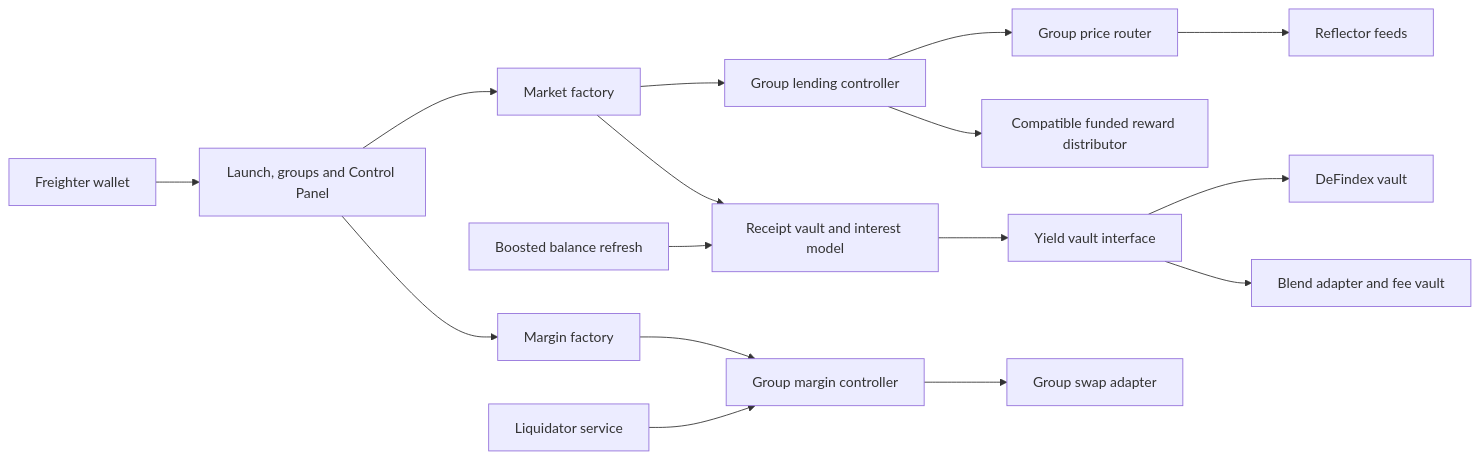
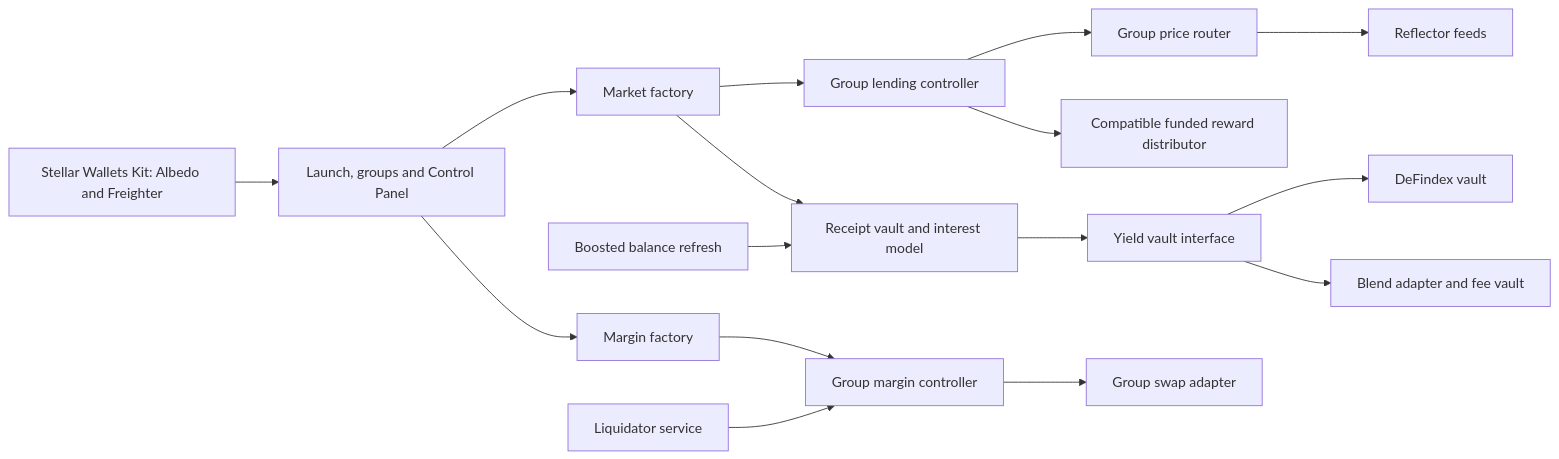
One commit to joshschcom/peridot-markets changed the diagram in docs/ARCHITECTURE.md. Above: the diagram before and after it, drawn with Mermaid. The commit also changed other lines of this file and 7 other files, not shown here.

````diff
--- a/docs/ARCHITECTURE.md
+++ b/docs/ARCHITECTURE.md
@@ -5,18 +5,18 @@
 ```mermaid
 flowchart LR
-  Wallet[Freighter wallet] --> App[Launch, groups and Control Panel]
+  Wallet[Stellar Wallets Kit: Albedo and Freighter] --> App[Launch, groups and Control Panel]
   App --> Factory[Market factory]
   App --> MarginFactory[Margin factory]
   Factory --> Controller[Group lending controller]
   Factory --> Market[Receipt vault and interest model]
   Controller --> Oracle[Group price router]
   Oracle --> Reflector[Reflector feeds]
   Controller --> Rewards[Compatible funded reward distributor]
   Market --> Route[Yield vault interface]
   Route --> Defindex[DeFindex vault]
   Route --> Blend[Blend adapter and fee vault]
   MarginFactory --> Margin[Group margin controller]
   Margin --> Swap[Group swap adapter]
   Liquidator[Liquidator service] --> Margin
   Refresh[Boosted balance refresh] --> Market
 ```
````
